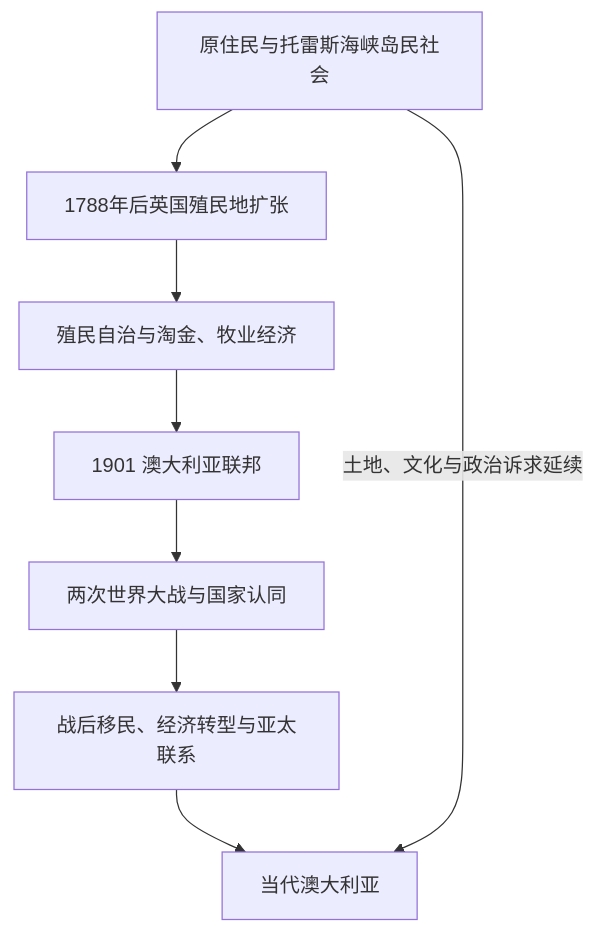
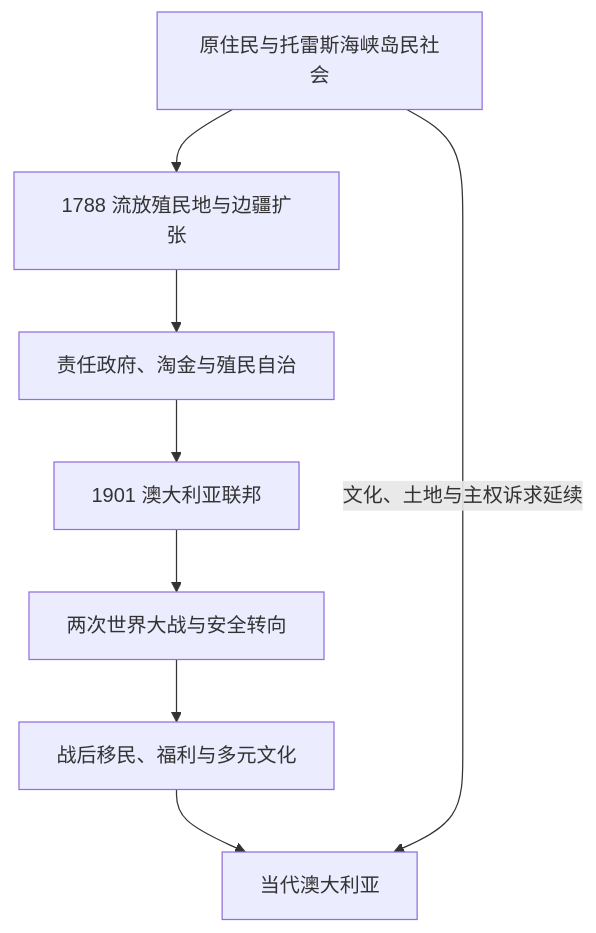
Before and after one commit to tianlan-dev/learning-notes: the diagram in 人文科学/历史/大洋洲/澳大利亚/README.md, drawn with Mermaid. The commit also changed other lines of this file and 1417 other files, not shown here.

````diff
--- a/人文科学/历史/大洋洲/澳大利亚/README.md
+++ b/人文科学/历史/大洋洲/澳大利亚/README.md
@@ -13,10 +13,10 @@
 ```mermaid
 flowchart TD
-    FirstPeoples["原住民与托雷斯海峡岛民社会"] --> Colonies["1788年后英国殖民地扩张"]
-    Colonies --> SelfGovernment["殖民自治与淘金、牧业经济"]
-    SelfGovernment --> Federation["1901 澳大利亚联邦"]
-    Federation --> Wars["两次世界大战与国家认同"]
-    Wars --> Postwar["战后移民、经济转型与亚太联系"]
+    First["原住民与托雷斯海峡岛民社会"] --> Colony["1788 流放殖民地与边疆扩张"]
+    Colony --> Self["责任政府、淘金与殖民自治"]
+    Self --> Federation["1901 澳大利亚联邦"]
+    Federation --> Wars["两次世界大战与安全转向"]
+    Wars --> Postwar["战后移民、福利与多元文化"]
     Postwar --> Contemporary["当代澳大利亚"]
-    FirstPeoples -->|土地、文化与政治诉求延续| Contemporary
+    First -->|文化、土地与主权诉求延续| Contemporary
 ```
````
